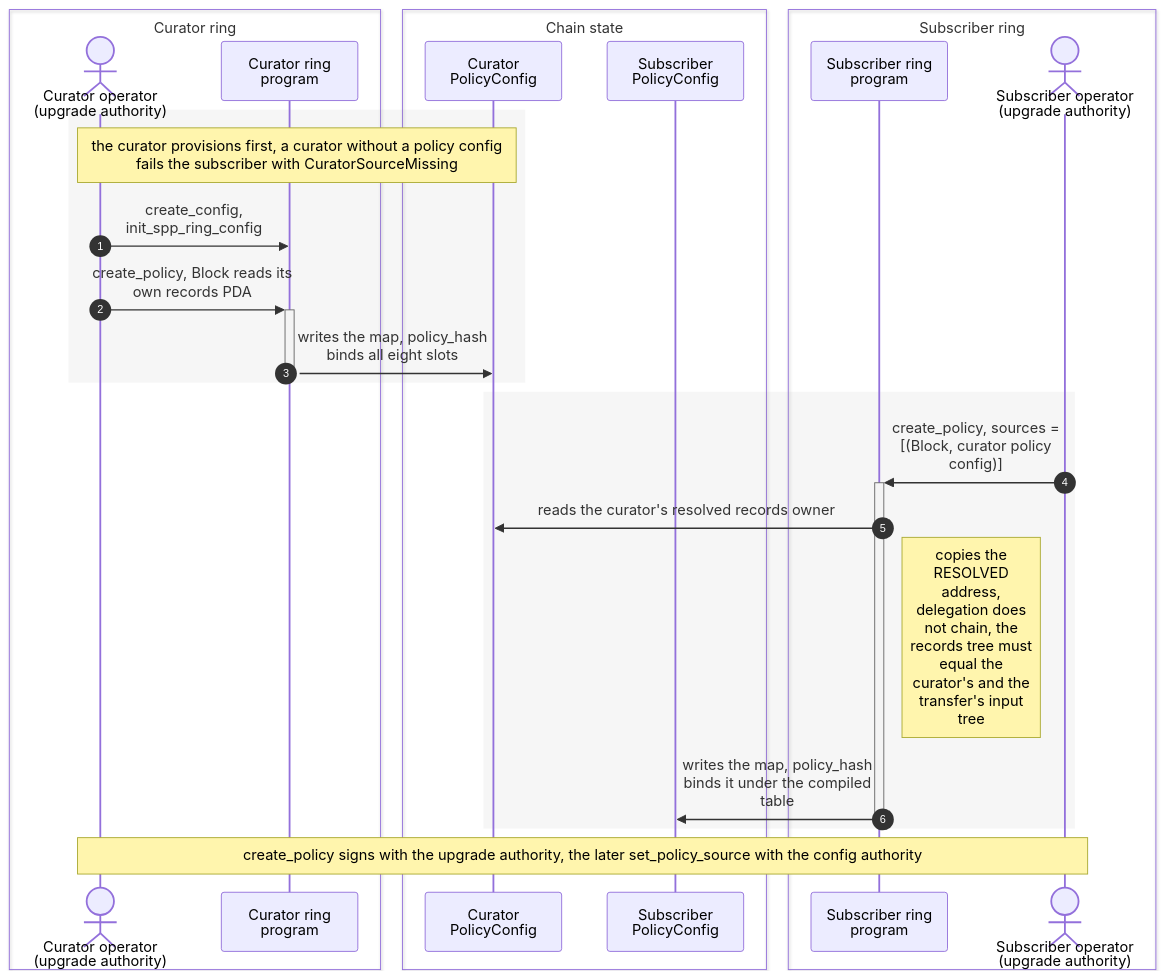
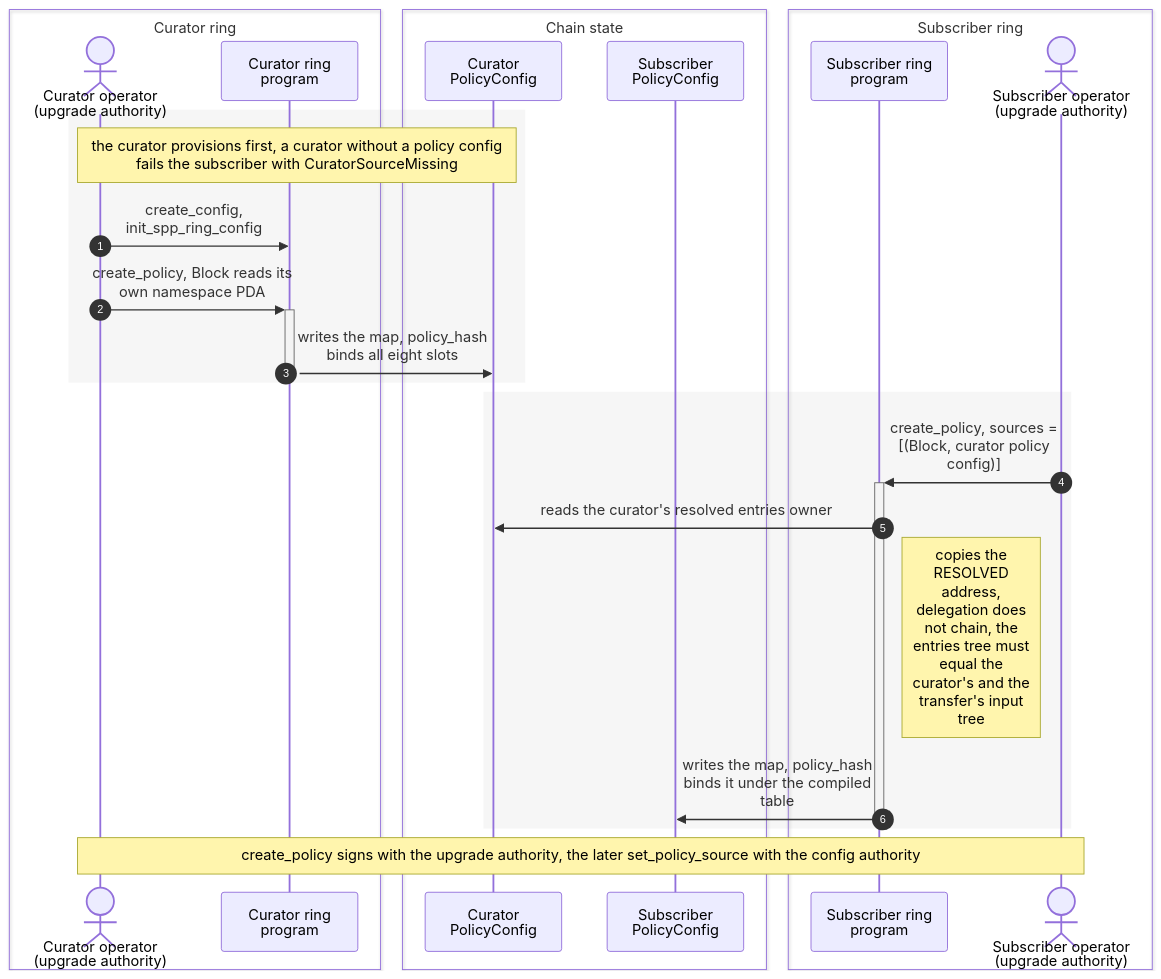
One commit to helius-labs/zolana changed the diagram in docs/diagrams/ring-policy-ofac-setup.mmd. Above: the diagram before and after it, drawn with Mermaid. The commit also changed 101 other files, not shown here.

First line of the commit message:
custom-ring: rename the policy stack to the list vocabulary

```diff
--- a/docs/diagrams/ring-policy-ofac-setup.mmd
+++ b/docs/diagrams/ring-policy-ofac-setup.mmd
@@ -1,31 +1,31 @@
 %%{init: {'sequence': {'wrap': true}}}%%
 sequenceDiagram
     autonumber
     box Curator ring
     actor CurOp as Curator operator<br/>(upgrade authority)
     participant CurRing as Curator ring program
     end
     box Chain state
     participant CurPC as Curator PolicyConfig
     participant SubPC as Subscriber PolicyConfig
     end
     box Subscriber ring
     participant SubRing as Subscriber ring program
     actor SubOp as Subscriber operator<br/>(upgrade authority)
     end
 
     rect rgba(128, 128, 128, 0.07)
     Note over CurOp, CurPC: the curator provisions first, a curator without a policy config fails the subscriber with CuratorSourceMissing
     CurOp->>CurRing: create_config, init_spp_ring_config
-    CurOp->>+CurRing: create_policy, Block reads its own records PDA
+    CurOp->>+CurRing: create_policy, Block reads its own namespace PDA
     CurRing->>-CurPC: writes the map, policy_hash binds all eight slots
     end
 
     rect rgba(128, 128, 128, 0.07)
     SubOp->>+SubRing: create_policy, sources = [(Block, curator policy config)]
-    SubRing->>CurPC: reads the curator's resolved records owner
-    Note right of SubRing: copies the RESOLVED address, delegation does not chain, the records tree must equal the curator's and the transfer's input tree
+    SubRing->>CurPC: reads the curator's resolved entries owner
+    Note right of SubRing: copies the RESOLVED address, delegation does not chain, the entries tree must equal the curator's and the transfer's input tree
     SubRing->>-SubPC: writes the map, policy_hash binds it under the compiled table
     end
 
     Note over CurOp, SubOp: create_policy signs with the upgrade authority, the later set_policy_source with the config authority
```
